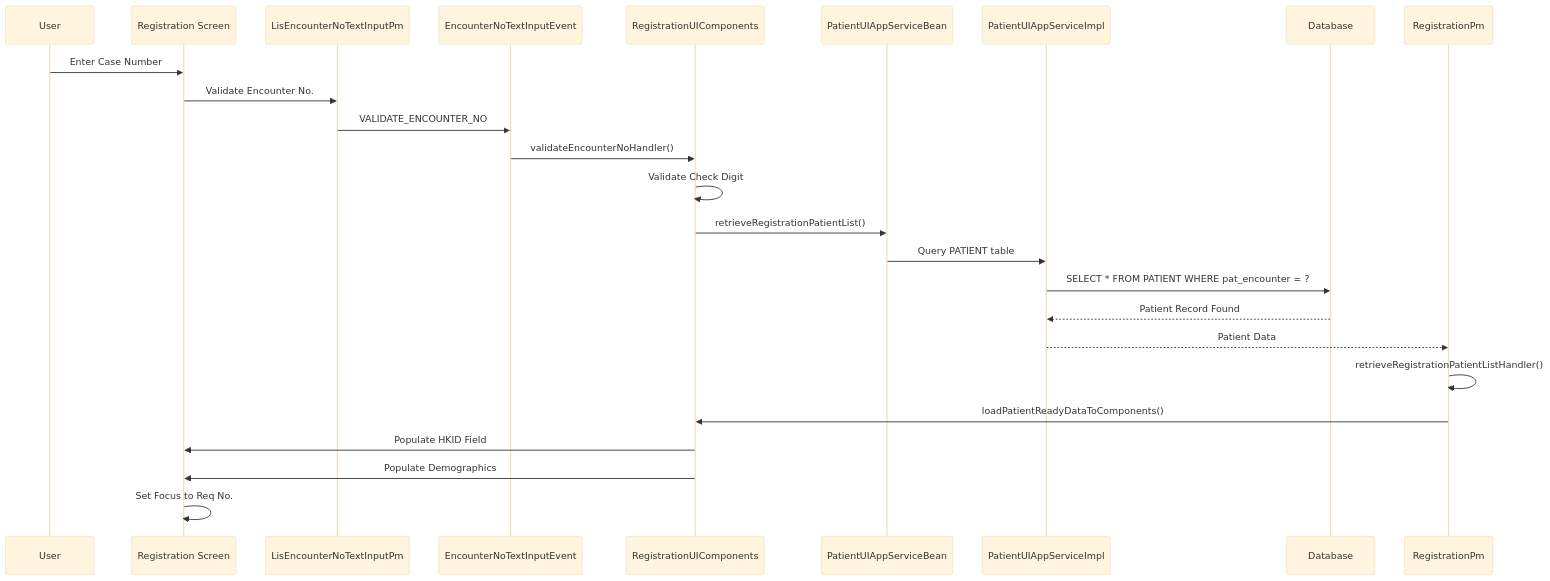
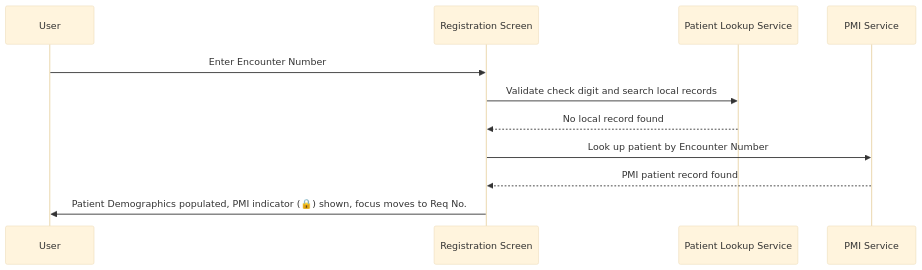
The second of 4 diagrams in Knowledge Base/01_Screens/Registration/Workflows/Retrieve Patient by Encounter Number.md (DragonChong/HA-Notes), drawn with Mermaid (base theme) before and after one commit. The commit also changed other lines of this file, not shown here.

````diff
--- a/Knowledge Base/01_Screens/Registration/Workflows/Retrieve Patient by Encounter Number.md
+++ b/Knowledge Base/01_Screens/Registration/Workflows/Retrieve Patient by Encounter Number.md
@@ -49,18 +123,9 @@
 ```mermaid
 sequenceDiagram
-    User->>Registration Screen: Enter Case Number
-    Registration Screen->>LisEncounterNoTextInputPm: Validate Encounter No.
-    LisEncounterNoTextInputPm->>EncounterNoTextInputEvent: VALIDATE_ENCOUNTER_NO
-    EncounterNoTextInputEvent->>RegistrationUIComponents: validateEncounterNoHandler()
-    RegistrationUIComponents->>RegistrationUIComponents: Validate Check Digit
-    RegistrationUIComponents->>PatientUIAppServiceBean: retrieveRegistrationPatientList()
-    PatientUIAppServiceBean->>PatientUIAppServiceImpl: Query PATIENT table
-    PatientUIAppServiceImpl->>Database: SELECT * FROM PATIENT WHERE pat_encounter = ?
-    Database-->>PatientUIAppServiceImpl: Patient Record Found
-    PatientUIAppServiceImpl-->>RegistrationPm: Patient Data
-    RegistrationPm->>RegistrationPm: retrieveRegistrationPatientListHandler()
-    RegistrationPm->>RegistrationUIComponents: loadPatientReadyDataToComponents()
-    RegistrationUIComponents->>Registration Screen: Populate HKID Field
-    RegistrationUIComponents->>Registration Screen: Populate Demographics
-    Registration Screen->>Registration Screen: Set Focus to Req No.
+    User->>Registration Screen: Enter Encounter Number
+    Registration Screen->>Patient Lookup Service: Validate check digit and search local records
+    Patient Lookup Service-->>Registration Screen: No local record found
+    Registration Screen->>PMI Service: Look up patient by Encounter Number
+    PMI Service-->>Registration Screen: PMI patient record found
+    Registration Screen->>User: Patient Demographics populated, PMI indicator (🔒) shown, focus moves to Req No.
 ```
````
